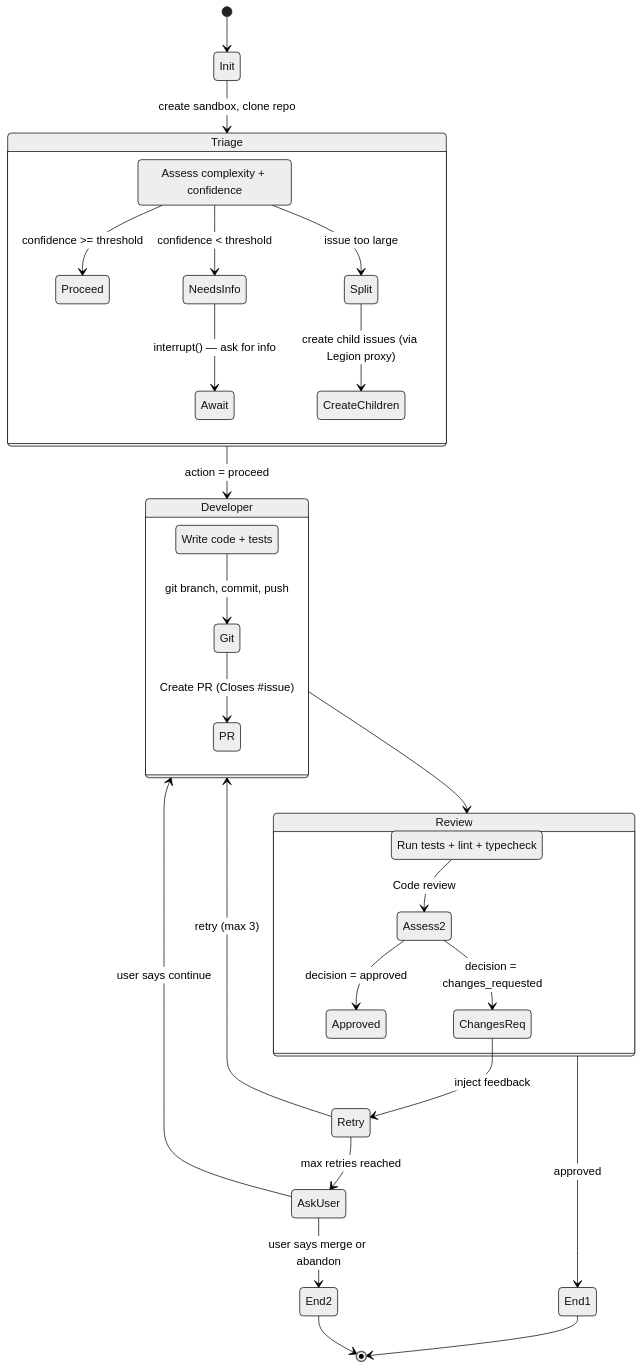
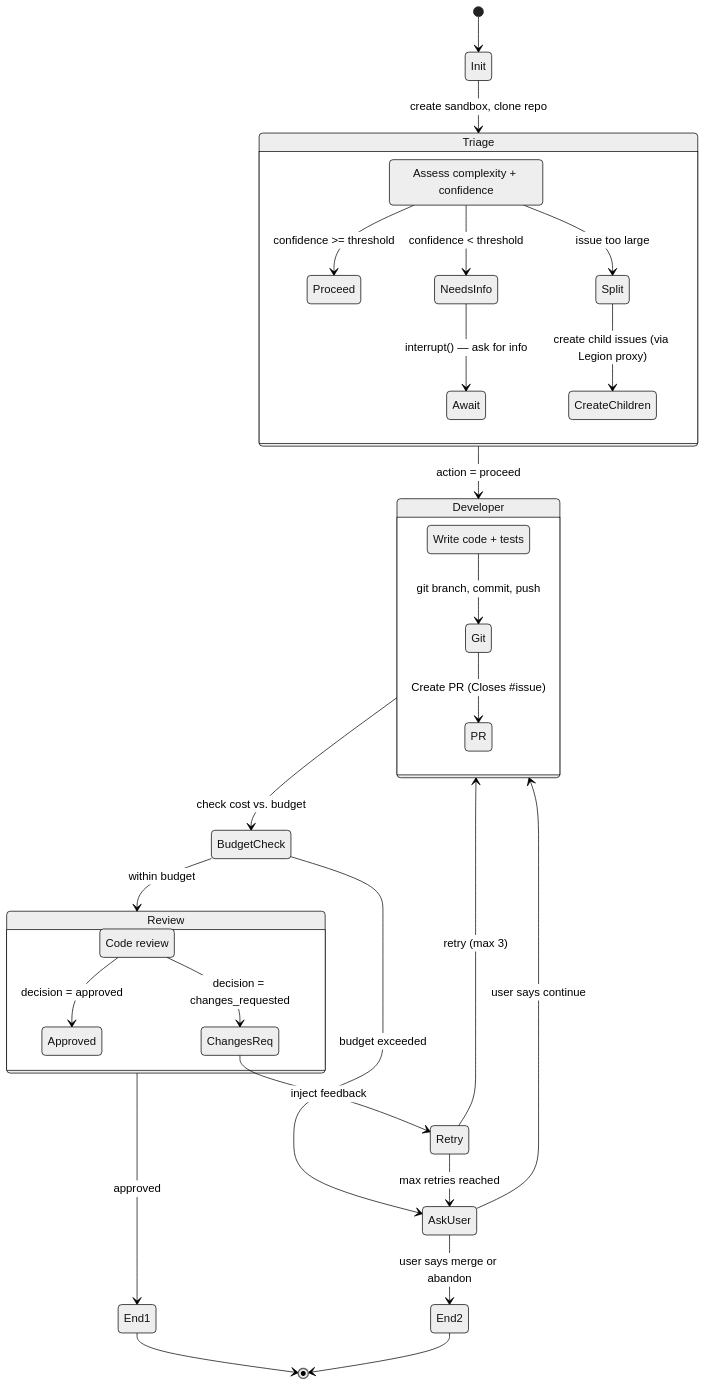
One commit to sudoTomas/embry0 changed the fifth of 10 diagrams in docs/architecture.md. Above: the diagram before and after it, drawn with Mermaid (neutral theme). The commit also changed other lines of this file and 2 other files, not shown here.

Commit message:
docs: update CLAUDE.md, README, architecture to reflect current pipeline (no validator, 34 safety patterns, rich events)

````diff
--- a/docs/architecture.md
+++ b/docs/architecture.md
@@ -224,41 +224,42 @@
 ```mermaid
 stateDiagram-v2
     [*] --> Init
     Init --> Triage: create sandbox, clone repo
 
     state Triage {
         Assess: Assess complexity + confidence
         Assess --> Proceed: confidence >= threshold
         Assess --> NeedsInfo: confidence < threshold
         Assess --> Split: issue too large
         NeedsInfo --> Await: interrupt() — ask for info
         Split --> CreateChildren: create child issues (via Legion proxy)
     }
 
     Triage --> Developer: action = proceed
 
     state Developer {
         Code: Write code + tests
         Code --> Git: git branch, commit, push
         Git --> PR: Create PR (Closes #issue)
     }
 
-    Developer --> Review
+    Developer --> BudgetCheck: check cost vs. budget
+    BudgetCheck --> Review: within budget
+    BudgetCheck --> AskUser: budget exceeded
 
     state Review {
-        Test: Run tests + lint + typecheck
-        Test --> Assess2: Code review
+        Assess2: Code review
         Assess2 --> Approved: decision = approved
         Assess2 --> ChangesReq: decision = changes_requested
     }
 
     Review --> End1: approved
     ChangesReq --> Retry: inject feedback
     Retry --> Developer: retry (max 3)
     Retry --> AskUser: max retries reached
     AskUser --> Developer: user says continue
     AskUser --> End2: user says merge or abandon
 
     End1 --> [*]
     End2 --> [*]
 ```
````
